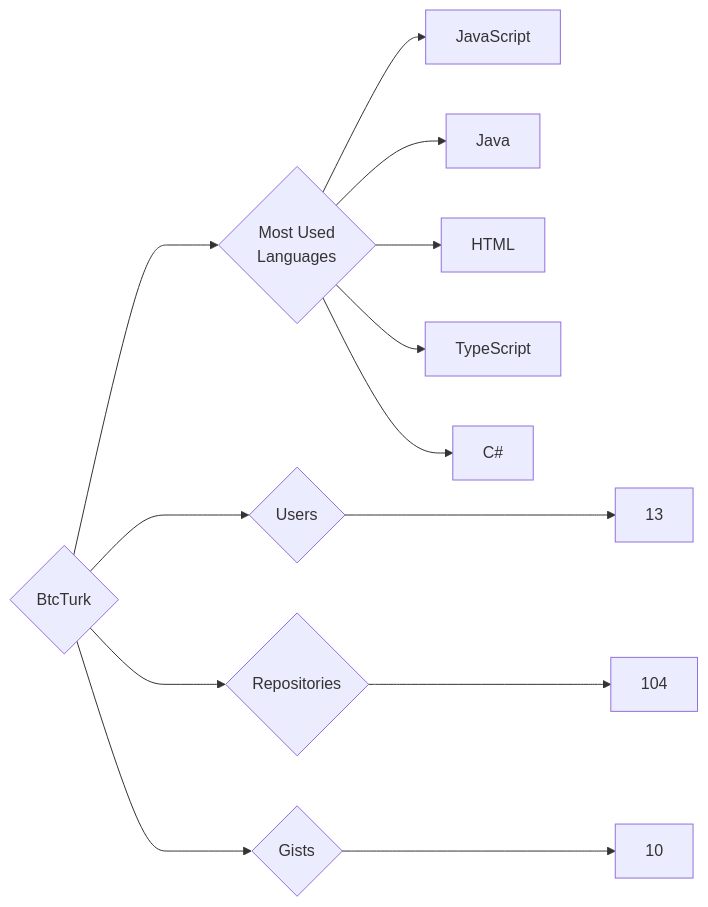
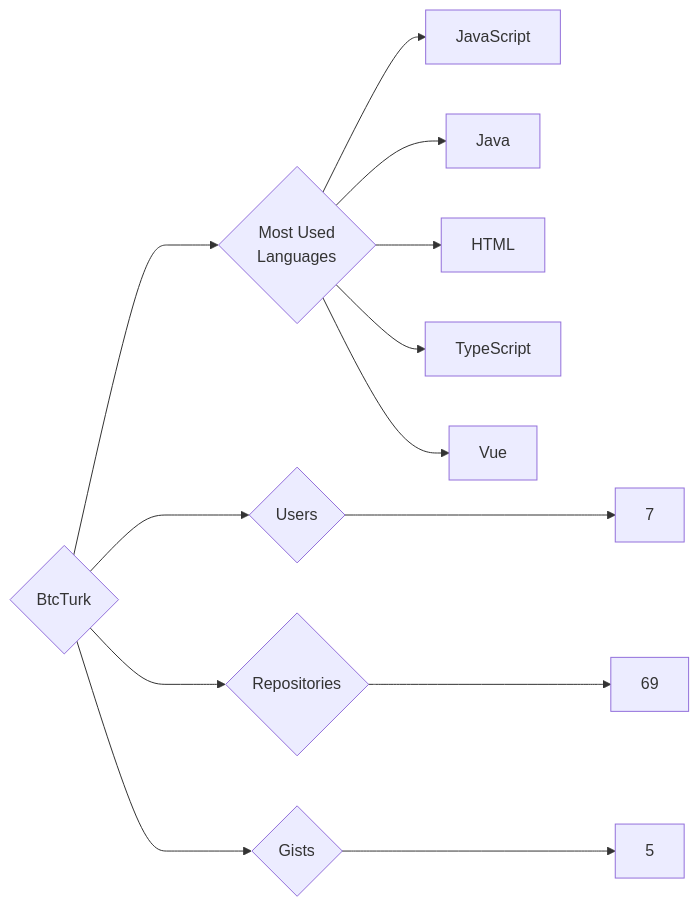
Before and after one commit to trickest/insiders: the diagram in targets/BtcTurk/README.md, drawn with Mermaid. The commit also changed 611 other files, not shown here.

````diff
--- a/targets/BtcTurk/README.md
+++ b/targets/BtcTurk/README.md
@@ -3,13 +3,13 @@
 ```mermaid
 graph LR
 COMPANY_NAME{BtcTurk}
-COMPANY_NAME ---> U{Users} ---> UN[13]
-COMPANY_NAME ---> R{Repositories} ---> RN[104]
-COMPANY_NAME ---> G{Gists} ---> GN[10]
+COMPANY_NAME ---> U{Users} ---> UN[7]
+COMPANY_NAME ---> R{Repositories} ---> RN[69]
+COMPANY_NAME ---> G{Gists} ---> GN[5]
 COMPANY_NAME ---> ML{Most Used<br>Languages}
 ML --> JavaScript[JavaScript]
 ML --> Java[Java]
 ML --> HTML[HTML]
 ML --> TypeScript[TypeScript]
-ML --> C#[C#]
+ML --> Vue[Vue]
 ```
````
